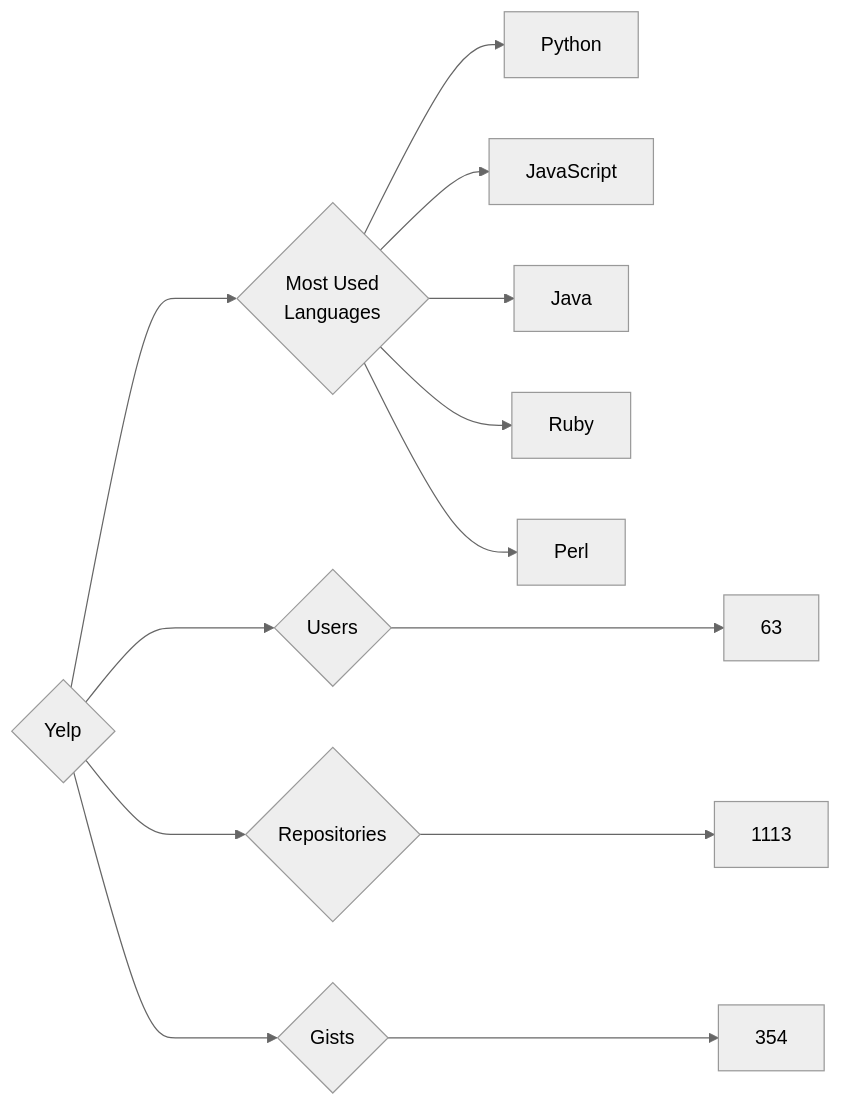
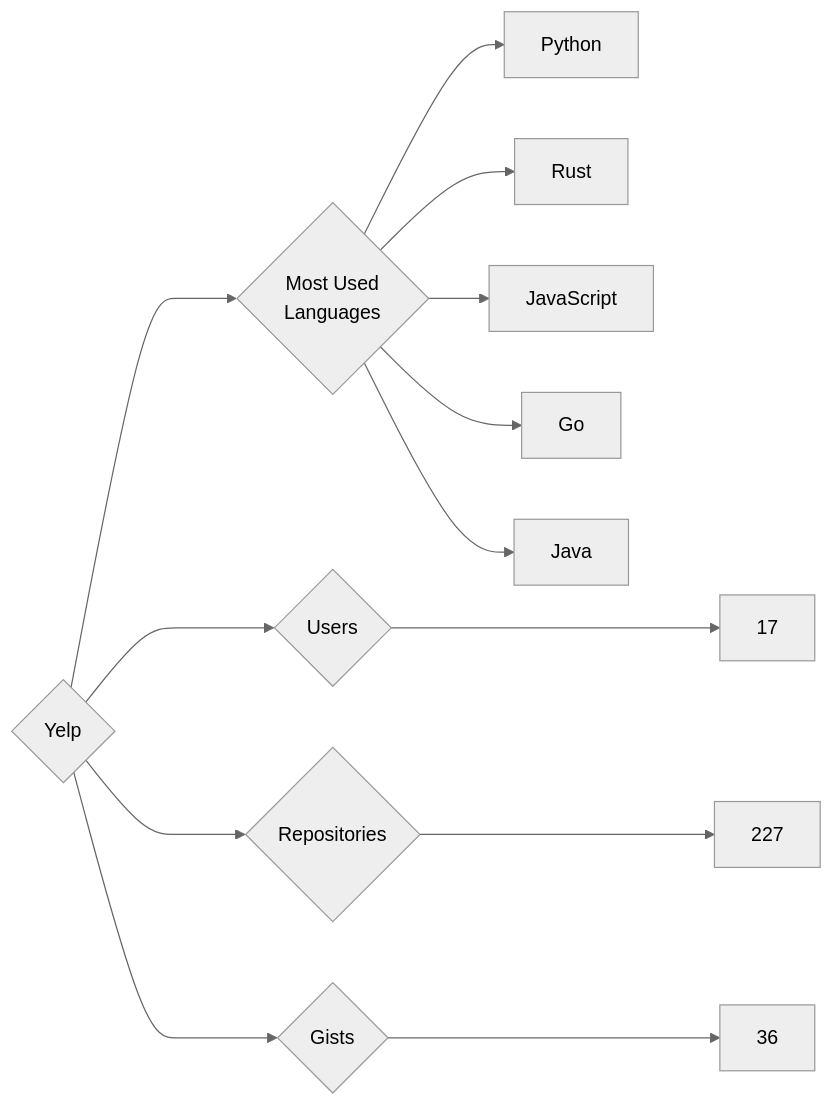
Before and after one commit to trickest/insiders: the diagram in targets/Yelp/README.md, drawn with Mermaid (neutral theme). The commit also changed 773 other files, not shown here.

````diff
--- a/targets/Yelp/README.md
+++ b/targets/Yelp/README.md
@@ -3,13 +3,13 @@
 ```mermaid
 graph LR
 COMPANY_NAME{Yelp}
-COMPANY_NAME ---> U{Users} ---> UN[63]
-COMPANY_NAME ---> R{Repositories} ---> RN[1113]
-COMPANY_NAME ---> G{Gists} ---> GN[354]
+COMPANY_NAME ---> U{Users} ---> UN[17]
+COMPANY_NAME ---> R{Repositories} ---> RN[227]
+COMPANY_NAME ---> G{Gists} ---> GN[36]
 COMPANY_NAME ---> ML{Most Used<br>Languages}
 ML --> Python[Python]
+ML --> Rust[Rust]
 ML --> JavaScript[JavaScript]
+ML --> Go[Go]
 ML --> Java[Java]
-ML --> Ruby[Ruby]
-ML --> Perl[Perl]
 ```
````
